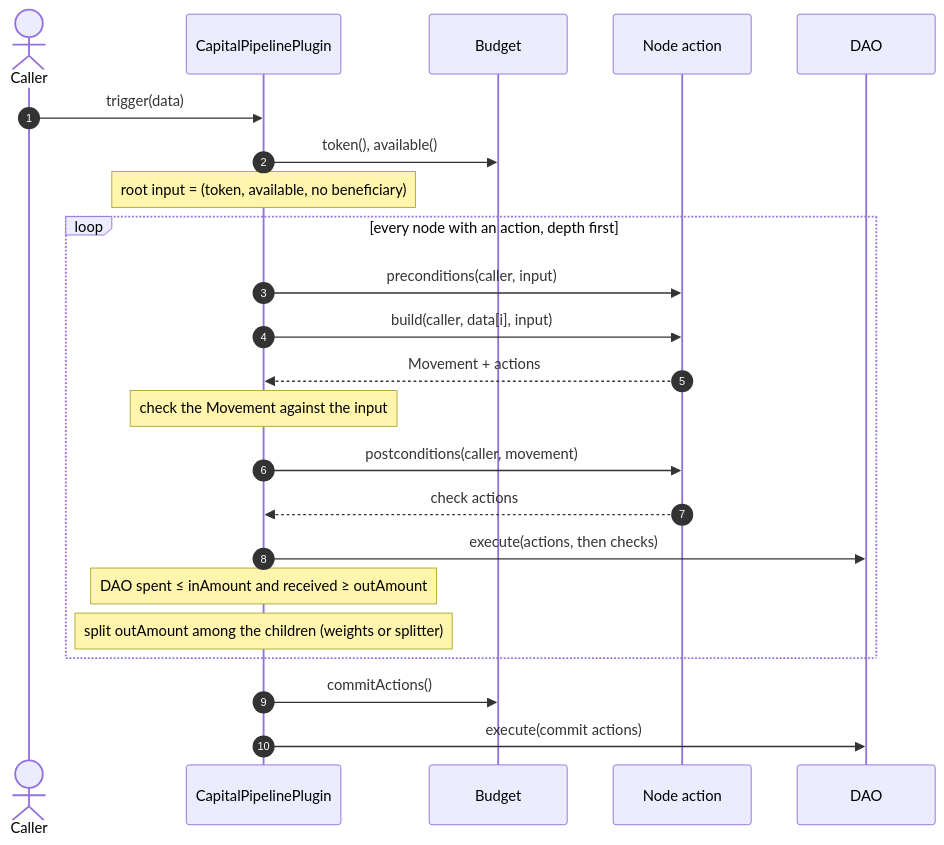
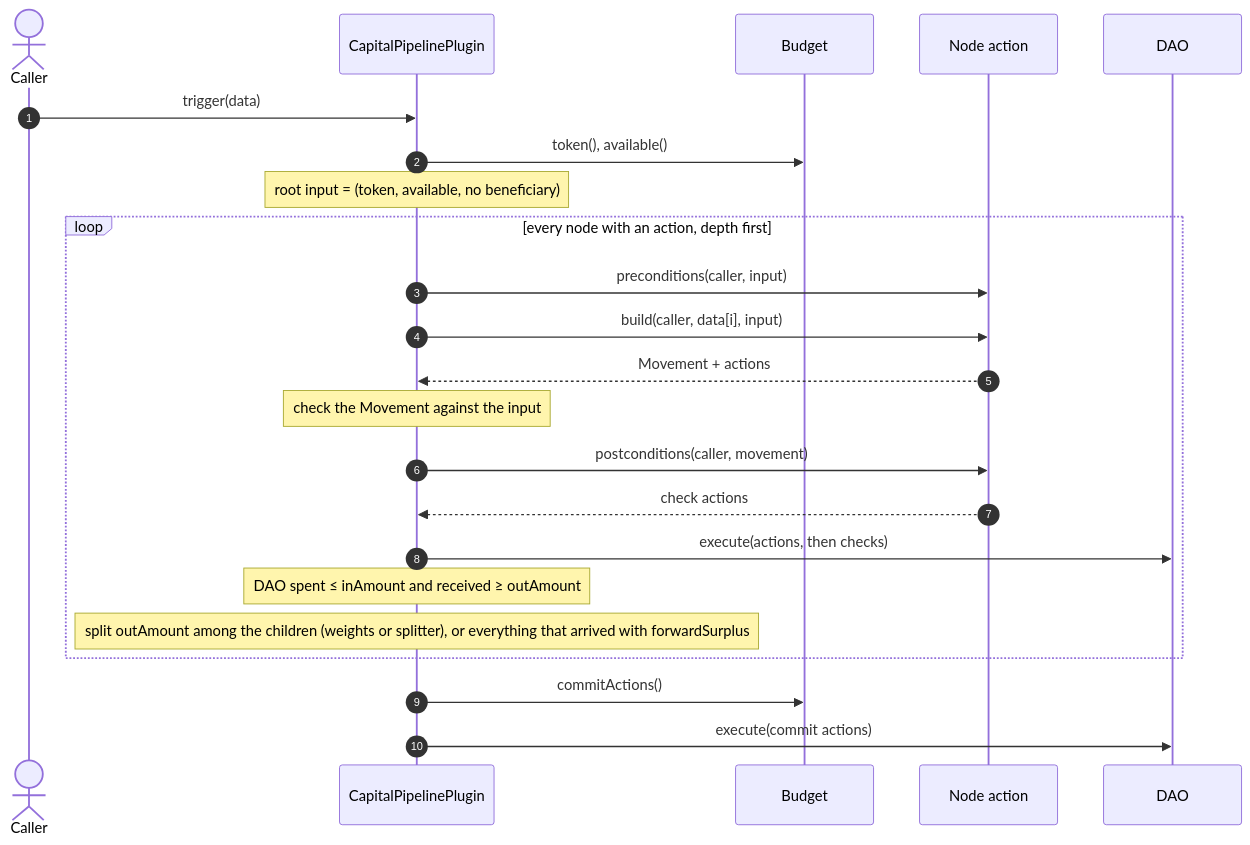
The second of 10 diagrams in README.md (antfarm-official/tree-capital), drawn with Mermaid before and after one commit. The commit also changed other lines of this file and 13 other files, not shown here.

First line of the commit message:
Let a recipe choose which nodes forward their surplus

````diff
--- a/README.md
+++ b/README.md
@@ -51,26 +51,26 @@
 ```mermaid
 sequenceDiagram
     autonumber
     actor Caller
     participant Plugin as CapitalPipelinePlugin
     participant Budget
     participant Action as Node action
     participant DAO
 
     Caller->>Plugin: trigger(data)
     Plugin->>Budget: token(), available()
     Note over Plugin: root input = (token, available, no beneficiary)
     loop every node with an action, depth first
         Plugin->>Action: preconditions(caller, input)
         Plugin->>Action: build(caller, data[i], input)
         Action-->>Plugin: Movement + actions
         Note over Plugin: check the Movement against the input
         Plugin->>Action: postconditions(caller, movement)
         Action-->>Plugin: check actions
         Plugin->>DAO: execute(actions, then checks)
         Note over Plugin: DAO spent ≤ inAmount and received ≥ outAmount
-        Note over Plugin: split outAmount among the children (weights or splitter)
+        Note over Plugin: split outAmount among the children (weights or splitter), or everything that arrived with forwardSurplus
     end
     Plugin->>Budget: commitActions()
     Plugin->>DAO: execute(commit actions)
 ```
````
